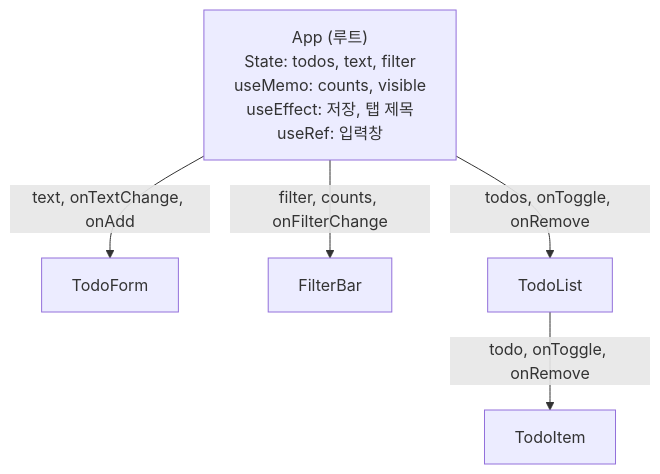
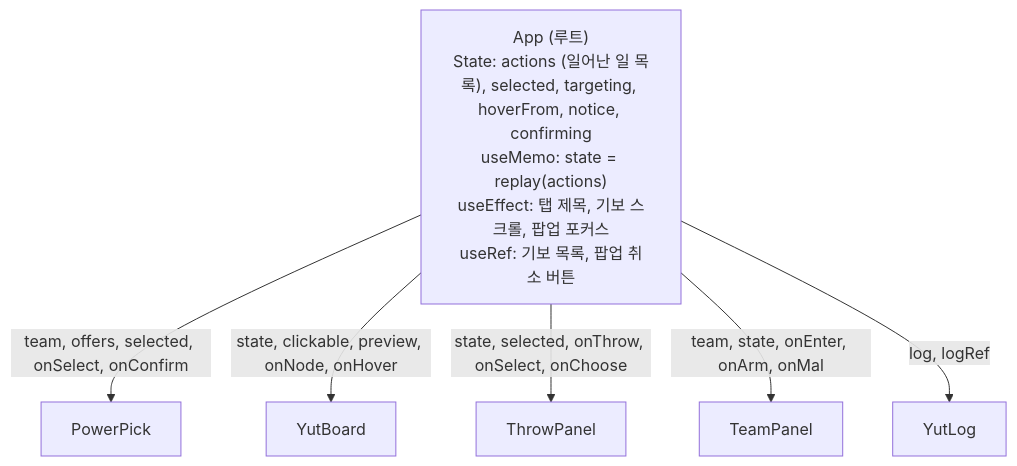
The third of 4 diagrams in projects/react/docs/DETAILS.md (kimgeonhui1/SW-AI-W11-12-FRAME-WORK), drawn with Mermaid before and after one commit. The commit also changed other lines of this file and 22 other files, not shown here.

````diff
--- a/projects/react/docs/DETAILS.md
+++ b/projects/react/docs/DETAILS.md
@@ -288,8 +289,9 @@
 ```mermaid
 flowchart TD
-  App["App (루트)<br/>State: todos, text, filter<br/>useMemo: counts, visible<br/>useEffect: 저장, 탭 제목<br/>useRef: 입력창"]
-  App -->|text, onTextChange, onAdd| TodoForm
-  App -->|filter, counts, onFilterChange| FilterBar
-  App -->|todos, onToggle, onRemove| TodoList
-  TodoList -->|todo, onToggle, onRemove| TodoItem
+  App["App (루트)<br/>State: actions (일어난 일 목록), selected, targeting, hoverFrom, notice, confirming<br/>useMemo: state = replay(actions)<br/>useEffect: 탭 제목, 기보 스크롤, 팝업 포커스<br/>useRef: 기보 목록, 팝업 취소 버튼"]
+  App -->|team, offers, selected, onSelect, onConfirm| PowerPick
+  App -->|state, clickable, preview, onNode, onHover| YutBoard
+  App -->|state, selected, onThrow, onSelect, onChoose| ThrowPanel
+  App -->|team, state, onEnter, onArm, onMal| TeamPanel
+  App -->|log, logRef| YutLog
 ```
````
